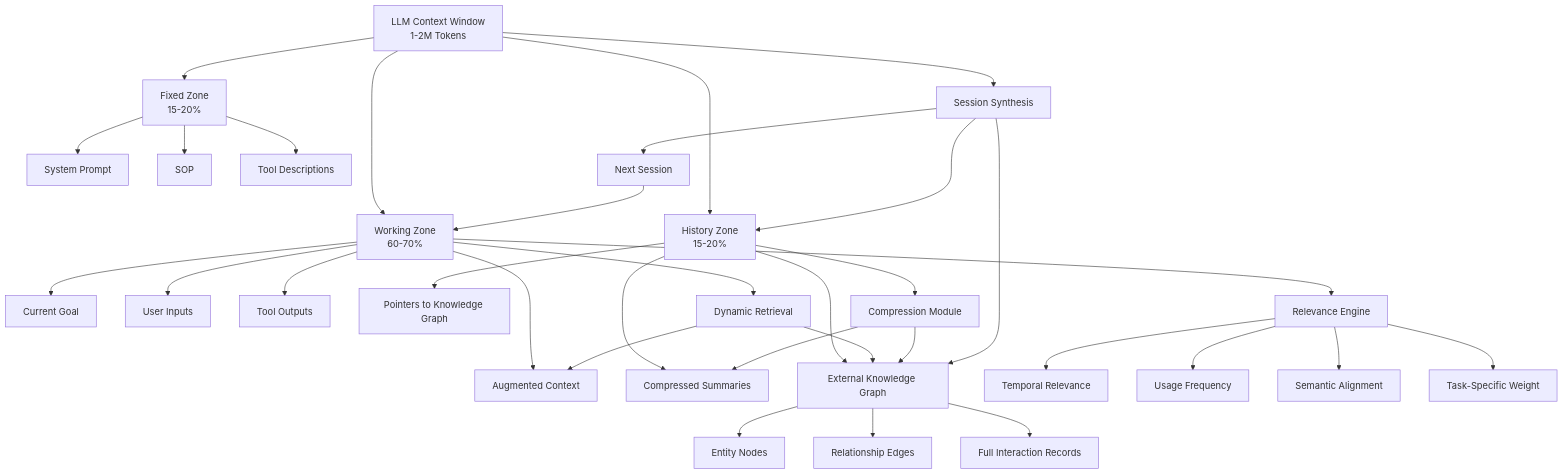
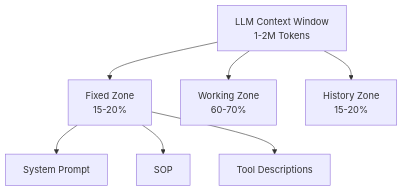
Before and after one commit to raphaelmansuy/digital_palace: diagram 11 of 17 in reference/technical-articles/2025-06-29-context-management-llm-agents.md, drawn with Mermaid. The commit also changed other lines of this file, not shown here.

Commit message:
feat: enhance context management framework with additional Mermaid diagrams for improved clarity and structure

````diff
--- a/reference/technical-articles/2025-06-29-context-management-llm-agents.md
+++ b/reference/technical-articles/2025-06-29-context-management-llm-agents.md
@@ -365,43 +417,10 @@
 ```mermaid
 graph TD
     A[LLM Context Window<br/>1-2M Tokens] --> B[Fixed Zone<br/>15-20%]
     A --> C[Working Zone<br/>60-70%]
     A --> D[History Zone<br/>15-20%]
 
     B --> B1[System Prompt]
     B --> B2[SOP]
     B --> B3[Tool Descriptions]
-
-    C --> C1[Current Goal]
-    C --> C2[User Inputs]
-    C --> C3[Tool Outputs]
-    C --> C4[Reasoning]
-
-    D --> D1[Compressed Summaries]
-    D --> D2[Pointers to Knowledge Graph]
-
-    D --> E[External Knowledge Graph]
-    E --> E1[Entity Nodes]
-    E --> E2[Relationship Edges]
-    E --> E3[Full Interaction Records]
-
-    C --> F[Relevance Engine]
-    F --> F1[Temporal Relevance]
-    F --> F2[Usage Frequency]
-    F --> F3[Semantic Alignment]
-    F --> F4[Task-Specific Weight]
-
-    C --> G[Dynamic Retrieval]
-    G --> E
-    G --> C4[Augmented Context]
-
-    D --> H[Compression Module]
-    H --> D1
-    H --> E
-
-    A --> I[Session Synthesis]
-    I --> D
-    I --> E
-    I --> J[Next Session]
-    J --> C
 ```
````
